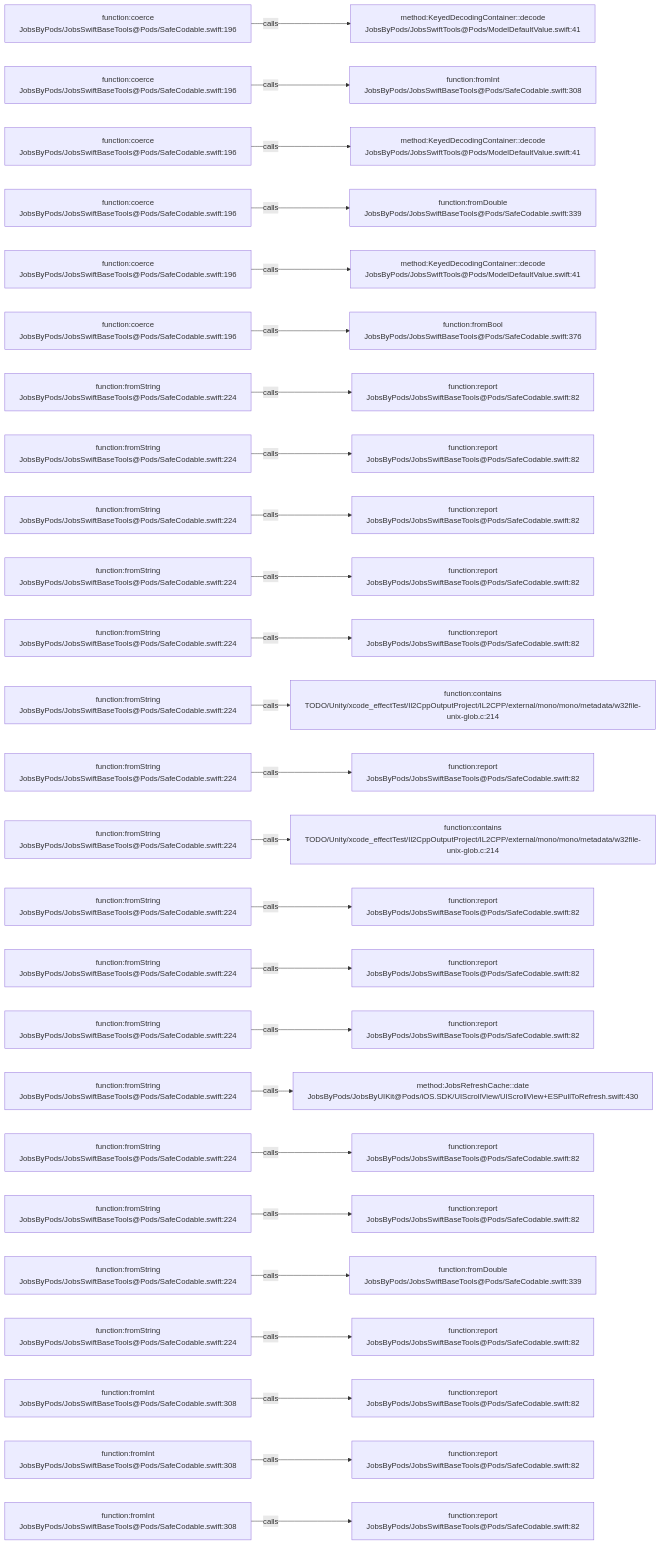
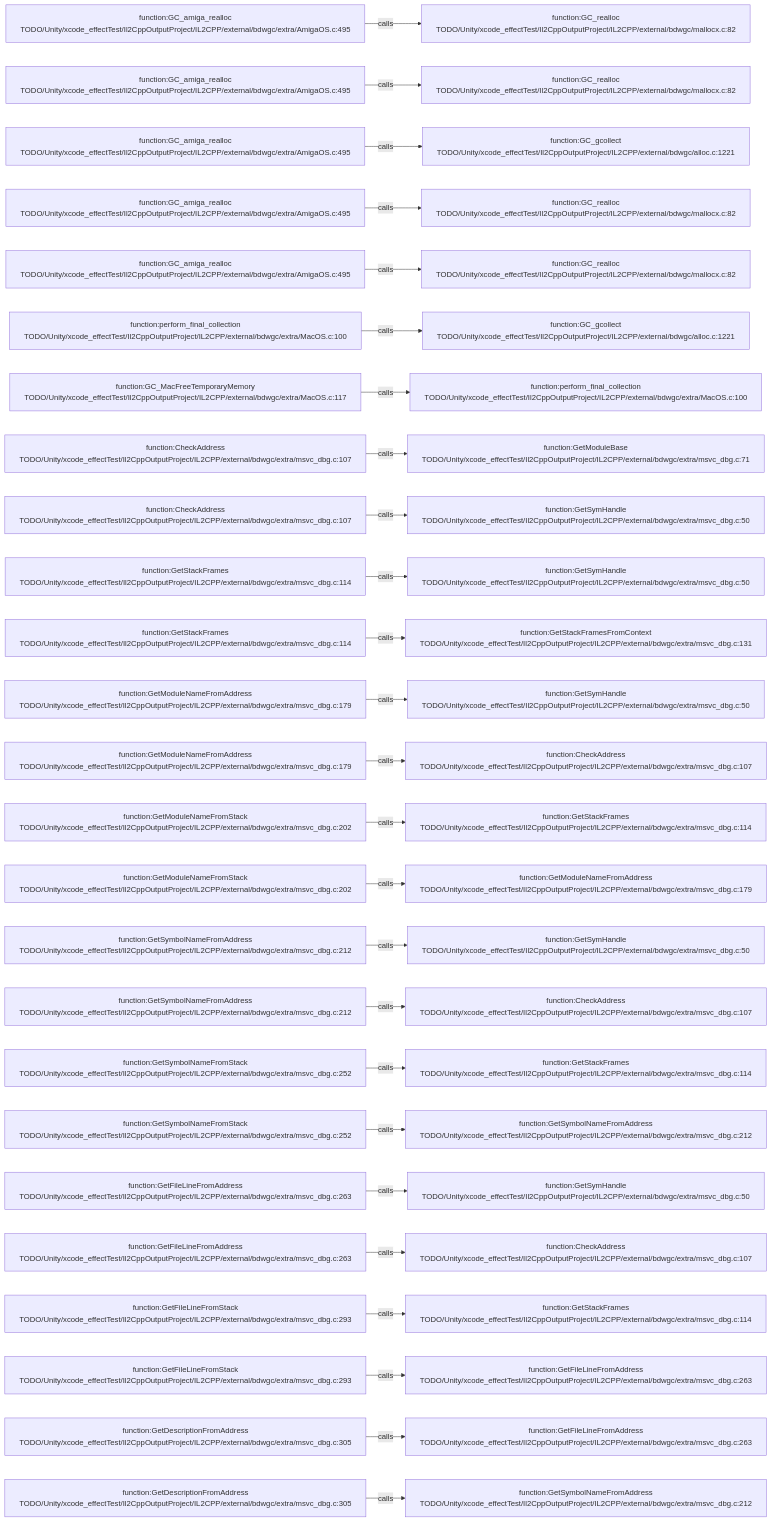
Before and after one commit to JobsKits/JobsSwiftBaseConfigDemo: the diagram in .codegraph/codegraph.md/graphs/calls-174.md, drawn with Mermaid. The commit also changed 569 other files, not shown here.

````diff
--- a/.codegraph/codegraph.md/graphs/calls-174.md
+++ b/.codegraph/codegraph.md/graphs/calls-174.md
@@ -13,78 +13,78 @@
 ```mermaid
 flowchart LR
-  S1["function:coerce<br/>JobsByPods/JobsSwiftBaseTools@Pods/SafeCodable.swift:196"]
-  T1["method:KeyedDecodingContainer::decode<br/>JobsByPods/JobsSwiftTools@Pods/ModelDefaultValue.swift:41"]
+  S1["function:GC_amiga_realloc<br/>TODO/Unity/xcode_effectTest/Il2CppOutputProject/IL2CPP/external/bdwgc/extra/AmigaOS.c:495"]
+  T1["function:GC_realloc<br/>TODO/Unity/xcode_effectTest/Il2CppOutputProject/IL2CPP/external/bdwgc/mallocx.c:82"]
   S1 -->|calls| T1
-  S2["function:coerce<br/>JobsByPods/JobsSwiftBaseTools@Pods/SafeCodable.swift:196"]
-  T2["function:fromInt<br/>JobsByPods/JobsSwiftBaseTools@Pods/SafeCodable.swift:308"]
+  S2["function:GC_amiga_realloc<br/>TODO/Unity/xcode_effectTest/Il2CppOutputProject/IL2CPP/external/bdwgc/extra/AmigaOS.c:495"]
+  T2["function:GC_realloc<br/>TODO/Unity/xcode_effectTest/Il2CppOutputProject/IL2CPP/external/bdwgc/mallocx.c:82"]
   S2 -->|calls| T2
-  S3["function:coerce<br/>JobsByPods/JobsSwiftBaseTools@Pods/SafeCodable.swift:196"]
-  T3["method:KeyedDecodingContainer::decode<br/>JobsByPods/JobsSwiftTools@Pods/ModelDefaultValue.swift:41"]
+  S3["function:GC_amiga_realloc<br/>TODO/Unity/xcode_effectTest/Il2CppOutputProject/IL2CPP/external/bdwgc/extra/AmigaOS.c:495"]
+  T3["function:GC_gcollect<br/>TODO/Unity/xcode_effectTest/Il2CppOutputProject/IL2CPP/external/bdwgc/alloc.c:1221"]
   S3 -->|calls| T3
-  S4["function:coerce<br/>JobsByPods/JobsSwiftBaseTools@Pods/SafeCodable.swift:196"]
-  T4["function:fromDouble<br/>JobsByPods/JobsSwiftBaseTools@Pods/SafeCodable.swift:339"]
+  S4["function:GC_amiga_realloc<br/>TODO/Unity/xcode_effectTest/Il2CppOutputProject/IL2CPP/external/bdwgc/extra/AmigaOS.c:495"]
+  T4["function:GC_realloc<br/>TODO/Unity/xcode_effectTest/Il2CppOutputProject/IL2CPP/external/bdwgc/mallocx.c:82"]
   S4 -->|calls| T4
-  S5["function:coerce<br/>JobsByPods/JobsSwiftBaseTools@Pods/SafeCodable.swift:196"]
-  T5["method:KeyedDecodingContainer::decode<br/>JobsByPods/JobsSwiftTools@Pods/ModelDefaultValue.swift:41"]
+  S5["function:GC_amiga_realloc<br/>TODO/Unity/xcode_effectTest/Il2CppOutputProject/IL2CPP/external/bdwgc/extra/AmigaOS.c:495"]
+  T5["function:GC_realloc<br/>TODO/Unity/xcode_effectTest/Il2CppOutputProject/IL2CPP/external/bdwgc/mallocx.c:82"]
   S5 -->|calls| T5
-  S6["function:coerce<br/>JobsByPods/JobsSwiftBaseTools@Pods/SafeCodable.swift:196"]
-  T6["function:fromBool<br/>JobsByPods/JobsSwiftBaseTools@Pods/SafeCodable.swift:376"]
+  S6["function:perform_final_collection<br/>TODO/Unity/xcode_effectTest/Il2CppOutputProject/IL2CPP/external/bdwgc/extra/MacOS.c:100"]
+  T6["function:GC_gcollect<br/>TODO/Unity/xcode_effectTest/Il2CppOutputProject/IL2CPP/external/bdwgc/alloc.c:1221"]
   S6 -->|calls| T6
-  S7["function:fromString<br/>JobsByPods/JobsSwiftBaseTools@Pods/SafeCodable.swift:224"]
-  T7["function:report<br/>JobsByPods/JobsSwiftBaseTools@Pods/SafeCodable.swift:82"]
+  S7["function:GC_MacFreeTemporaryMemory<br/>TODO/Unity/xcode_effectTest/Il2CppOutputProject/IL2CPP/external/bdwgc/extra/MacOS.c:117"]
+  T7["function:perform_final_collection<br/>TODO/Unity/xcode_effectTest/Il2CppOutputProject/IL2CPP/external/bdwgc/extra/MacOS.c:100"]
   S7 -->|calls| T7
-  S8["function:fromString<br/>JobsByPods/JobsSwiftBaseTools@Pods/SafeCodable.swift:224"]
-  T8["function:report<br/>JobsByPods/JobsSwiftBaseTools@Pods/SafeCodable.swift:82"]
+  S8["function:CheckAddress<br/>TODO/Unity/xcode_effectTest/Il2CppOutputProject/IL2CPP/external/bdwgc/extra/msvc_dbg.c:107"]
+  T8["function:GetModuleBase<br/>TODO/Unity/xcode_effectTest/Il2CppOutputProject/IL2CPP/external/bdwgc/extra/msvc_dbg.c:71"]
   S8 -->|calls| T8
-  S9["function:fromString<br/>JobsByPods/JobsSwiftBaseTools@Pods/SafeCodable.swift:224"]
-  T9["function:report<br/>JobsByPods/JobsSwiftBaseTools@Pods/SafeCodable.swift:82"]
+  S9["function:CheckAddress<br/>TODO/Unity/xcode_effectTest/Il2CppOutputProject/IL2CPP/external/bdwgc/extra/msvc_dbg.c:107"]
+  T9["function:GetSymHandle<br/>TODO/Unity/xcode_effectTest/Il2CppOutputProject/IL2CPP/external/bdwgc/extra/msvc_dbg.c:50"]
   S9 -->|calls| T9
-  S10["function:fromString<br/>JobsByPods/JobsSwiftBaseTools@Pods/SafeCodable.swift:224"]
-  T10["function:report<br/>JobsByPods/JobsSwiftBaseTools@Pods/SafeCodable.swift:82"]
+  S10["function:GetStackFrames<br/>TODO/Unity/xcode_effectTest/Il2CppOutputProject/IL2CPP/external/bdwgc/extra/msvc_dbg.c:114"]
+  T10["function:GetSymHandle<br/>TODO/Unity/xcode_effectTest/Il2CppOutputProject/IL2CPP/external/bdwgc/extra/msvc_dbg.c:50"]
   S10 -->|calls| T10
-  S11["function:fromString<br/>JobsByPods/JobsSwiftBaseTools@Pods/SafeCodable.swift:224"]
-  T11["function:report<br/>JobsByPods/JobsSwiftBaseTools@Pods/SafeCodable.swift:82"]
+  S11["function:GetStackFrames<br/>TODO/Unity/xcode_effectTest/Il2CppOutputProject/IL2CPP/external/bdwgc/extra/msvc_dbg.c:114"]
+  T11["function:GetStackFramesFromContext<br/>TODO/Unity/xcode_effectTest/Il2CppOutputProject/IL2CPP/external/bdwgc/extra/msvc_dbg.c:131"]
   S11 -->|calls| T11
-  S12["function:fromString<br/>JobsByPods/JobsSwiftBaseTools@Pods/SafeCodable.swift:224"]
-  T12["function:contains<br/>TODO/Unity/xcode_effectTest/Il2CppOutputProject/IL2CPP/external/mono/mono/metadata/w32file-unix-glob.c:214"]
+  S12["function:GetModuleNameFromAddress<br/>TODO/Unity/xcode_effectTest/Il2CppOutputProject/IL2CPP/external/bdwgc/extra/msvc_dbg.c:179"]
+  T12["function:GetSymHandle<br/>TODO/Unity/xcode_effectTest/Il2CppOutputProject/IL2CPP/external/bdwgc/extra/msvc_dbg.c:50"]
   S12 -->|calls| T12
-  S13["function:fromString<br/>JobsByPods/JobsSwiftBaseTools@Pods/SafeCodable.swift:224"]
-  T13["function:report<br/>JobsByPods/JobsSwiftBaseTools@Pods/SafeCodable.swift:82"]
+  S13["function:GetModuleNameFromAddress<br/>TODO/Unity/xcode_effectTest/Il2CppOutputProject/IL2CPP/external/bdwgc/extra/msvc_dbg.c:179"]
+  T13["function:CheckAddress<br/>TODO/Unity/xcode_effectTest/Il2CppOutputProject/IL2CPP/external/bdwgc/extra/msvc_dbg.c:107"]
   S13 -->|calls| T13
-  S14["function:fromString<br/>JobsByPods/JobsSwiftBaseTools@Pods/SafeCodable.swift:224"]
-  T14["function:contains<br/>TODO/Unity/xcode_effectTest/Il2CppOutputProject/IL2CPP/external/mono/mono/metadata/w32file-unix-glob.c:214"]
+  S14["function:GetModuleNameFromStack<br/>TODO/Unity/xcode_effectTest/Il2CppOutputProject/IL2CPP/external/bdwgc/extra/msvc_dbg.c:202"]
+  T14["function:GetStackFrames<br/>TODO/Unity/xcode_effectTest/Il2CppOutputProject/IL2CPP/external/bdwgc/extra/msvc_dbg.c:114"]
   S14 -->|calls| T14
-  S15["function:fromString<br/>JobsByPods/JobsSwiftBaseTools@Pods/SafeCodable.swift:224"]
-  T15["function:report<br/>JobsByPods/JobsSwiftBaseTools@Pods/SafeCodable.swift:82"]
+  S15["function:GetModuleNameFromStack<br/>TODO/Unity/xcode_effectTest/Il2CppOutputProject/IL2CPP/external/bdwgc/extra/msvc_dbg.c:202"]
+  T15["function:GetModuleNameFromAddress<br/>TODO/Unity/xcode_effectTest/Il2CppOutputProject/IL2CPP/external/bdwgc/extra/msvc_dbg.c:179"]
   S15 -->|calls| T15
-  S16["function:fromString<br/>JobsByPods/JobsSwiftBaseTools@Pods/SafeCodable.swift:224"]
-  T16["function:report<br/>JobsByPods/JobsSwiftBaseTools@Pods/SafeCodable.swift:82"]
+  S16["function:GetSymbolNameFromAddress<br/>TODO/Unity/xcode_effectTest/Il2CppOutputProject/IL2CPP/external/bdwgc/extra/msvc_dbg.c:212"]
+  T16["function:GetSymHandle<br/>TODO/Unity/xcode_effectTest/Il2CppOutputProject/IL2CPP/external/bdwgc/extra/msvc_dbg.c:50"]
   S16 -->|calls| T16
-  S17["function:fromString<br/>JobsByPods/JobsSwiftBaseTools@Pods/SafeCodable.swift:224"]
-  T17["function:report<br/>JobsByPods/JobsSwiftBaseTools@Pods/SafeCodable.swift:82"]
+  S17["function:GetSymbolNameFromAddress<br/>TODO/Unity/xcode_effectTest/Il2CppOutputProject/IL2CPP/external/bdwgc/extra/msvc_dbg.c:212"]
+  T17["function:CheckAddress<br/>TODO/Unity/xcode_effectTest/Il2CppOutputProject/IL2CPP/external/bdwgc/extra/msvc_dbg.c:107"]
   S17 -->|calls| T17
-  S18["function:fromString<br/>JobsByPods/JobsSwiftBaseTools@Pods/SafeCodable.swift:224"]
-  T18["method:JobsRefreshCache::date<br/>JobsByPods/JobsByUIKit@Pods/iOS.SDK/UIScrollView/UIScrollView+ESPullToRefresh.swift:430"]
+  S18["function:GetSymbolNameFromStack<br/>TODO/Unity/xcode_effectTest/Il2CppOutputProject/IL2CPP/external/bdwgc/extra/msvc_dbg.c:252"]
+  T18["function:GetStackFrames<br/>TODO/Unity/xcode_effectTest/Il2CppOutputProject/IL2CPP/external/bdwgc/extra/msvc_dbg.c:114"]
   S18 -->|calls| T18
-  S19["function:fromString<br/>JobsByPods/JobsSwiftBaseTools@Pods/SafeCodable.swift:224"]
-  T19["function:report<br/>JobsByPods/JobsSwiftBaseTools@Pods/SafeCodable.swift:82"]
+  S19["function:GetSymbolNameFromStack<br/>TODO/Unity/xcode_effectTest/Il2CppOutputProject/IL2CPP/external/bdwgc/extra/msvc_dbg.c:252"]
+  T19["function:GetSymbolNameFromAddress<br/>TODO/Unity/xcode_effectTest/Il2CppOutputProject/IL2CPP/external/bdwgc/extra/msvc_dbg.c:212"]
   S19 -->|calls| T19
-  S20["function:fromString<br/>JobsByPods/JobsSwiftBaseTools@Pods/SafeCodable.swift:224"]
-  T20["function:report<br/>JobsByPods/JobsSwiftBaseTools@Pods/SafeCodable.swift:82"]
+  S20["function:GetFileLineFromAddress<br/>TODO/Unity/xcode_effectTest/Il2CppOutputProject/IL2CPP/external/bdwgc/extra/msvc_dbg.c:263"]
+  T20["function:GetSymHandle<br/>TODO/Unity/xcode_effectTest/Il2CppOutputProject/IL2CPP/external/bdwgc/extra/msvc_dbg.c:50"]
   S20 -->|calls| T20
-  S21["function:fromString<br/>JobsByPods/JobsSwiftBaseTools@Pods/SafeCodable.swift:224"]
-  T21["function:fromDouble<br/>JobsByPods/JobsSwiftBaseTools@Pods/SafeCodable.swift:339"]
+  S21["function:GetFileLineFromAddress<br/>TODO/Unity/xcode_effectTest/Il2CppOutputProject/IL2CPP/external/bdwgc/extra/msvc_dbg.c:263"]
+  T21["function:CheckAddress<br/>TODO/Unity/xcode_effectTest/Il2CppOutputProject/IL2CPP/external/bdwgc/extra/msvc_dbg.c:107"]
   S21 -->|calls| T21
-  S22["function:fromString<br/>JobsByPods/JobsSwiftBaseTools@Pods/SafeCodable.swift:224"]
-  T22["function:report<br/>JobsByPods/JobsSwiftBaseTools@Pods/SafeCodable.swift:82"]
+  S22["function:GetFileLineFromStack<br/>TODO/Unity/xcode_effectTest/Il2CppOutputProject/IL2CPP/external/bdwgc/extra/msvc_dbg.c:293"]
+  T22["function:GetStackFrames<br/>TODO/Unity/xcode_effectTest/Il2CppOutputProject/IL2CPP/external/bdwgc/extra/msvc_dbg.c:114"]
   S22 -->|calls| T22
-  S23["function:fromInt<br/>JobsByPods/JobsSwiftBaseTools@Pods/SafeCodable.swift:308"]
-  T23["function:report<br/>JobsByPods/JobsSwiftBaseTools@Pods/SafeCodable.swift:82"]
+  S23["function:GetFileLineFromStack<br/>TODO/Unity/xcode_effectTest/Il2CppOutputProject/IL2CPP/external/bdwgc/extra/msvc_dbg.c:293"]
+  T23["function:GetFileLineFromAddress<br/>TODO/Unity/xcode_effectTest/Il2CppOutputProject/IL2CPP/external/bdwgc/extra/msvc_dbg.c:263"]
   S23 -->|calls| T23
-  S24["function:fromInt<br/>JobsByPods/JobsSwiftBaseTools@Pods/SafeCodable.swift:308"]
-  T24["function:report<br/>JobsByPods/JobsSwiftBaseTools@Pods/SafeCodable.swift:82"]
+  S24["function:GetDescriptionFromAddress<br/>TODO/Unity/xcode_effectTest/Il2CppOutputProject/IL2CPP/external/bdwgc/extra/msvc_dbg.c:305"]
+  T24["function:GetFileLineFromAddress<br/>TODO/Unity/xcode_effectTest/Il2CppOutputProject/IL2CPP/external/bdwgc/extra/msvc_dbg.c:263"]
   S24 -->|calls| T24
-  S25["function:fromInt<br/>JobsByPods/JobsSwiftBaseTools@Pods/SafeCodable.swift:308"]
-  T25["function:report<br/>JobsByPods/JobsSwiftBaseTools@Pods/SafeCodable.swift:82"]
+  S25["function:GetDescriptionFromAddress<br/>TODO/Unity/xcode_effectTest/Il2CppOutputProject/IL2CPP/external/bdwgc/extra/msvc_dbg.c:305"]
+  T25["function:GetSymbolNameFromAddress<br/>TODO/Unity/xcode_effectTest/Il2CppOutputProject/IL2CPP/external/bdwgc/extra/msvc_dbg.c:212"]
   S25 -->|calls| T25
 ```
````
